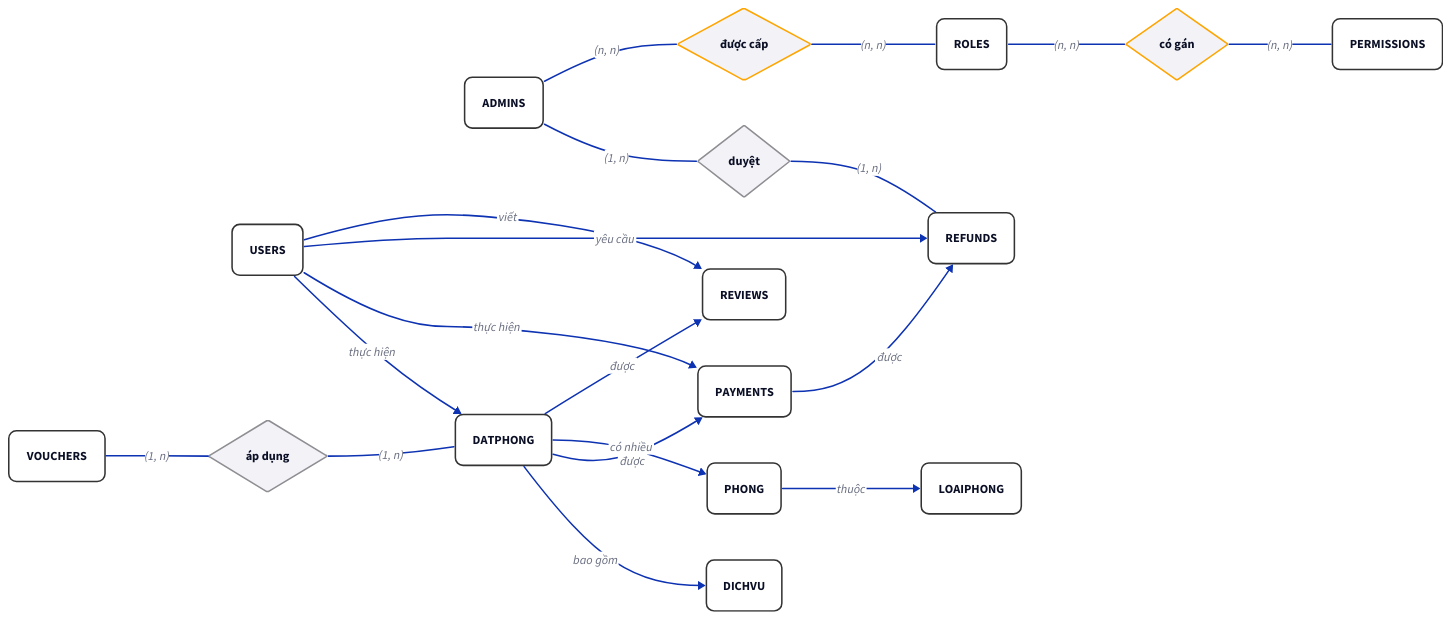
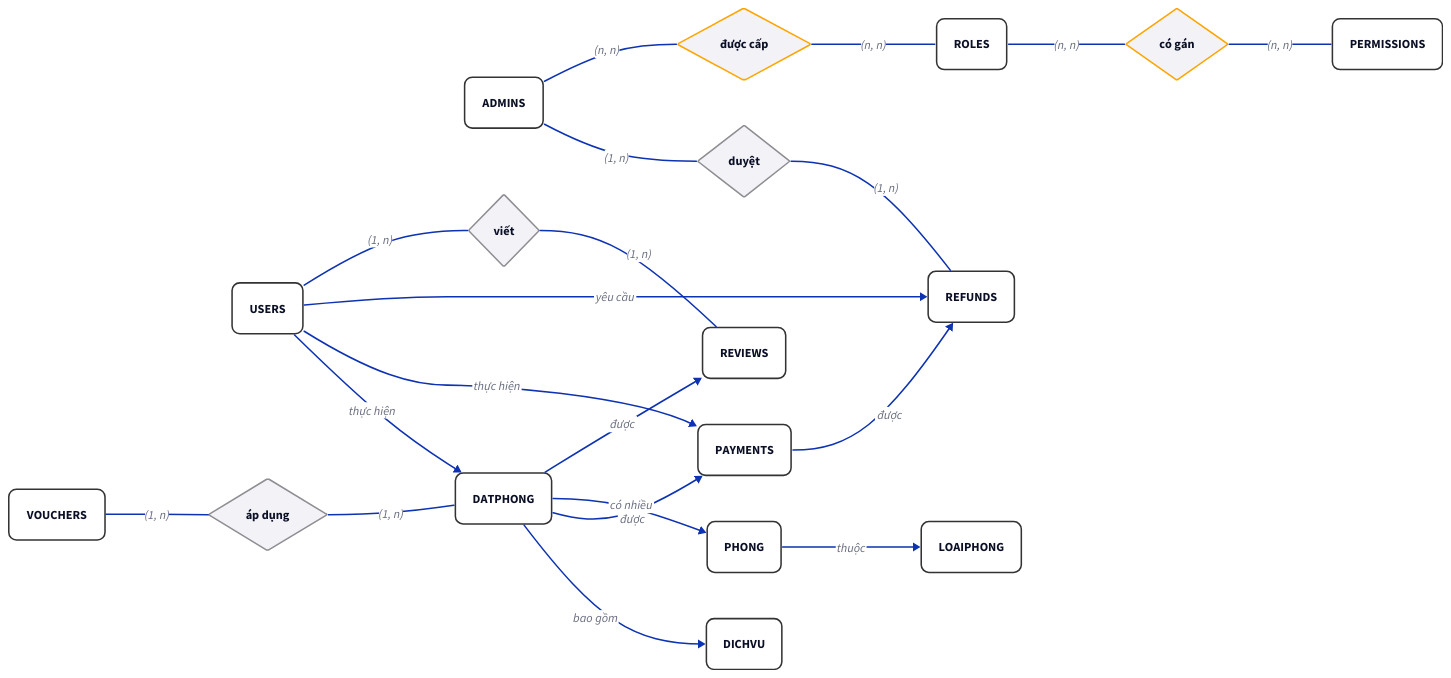
Before and after one commit to sam-uit/ie103-project-report: the diagram in baocao/content/diagrams/ch02-concept-erd.d2, drawn with D2.

```diff
--- a/baocao/content/diagrams/ch02-concept-erd.d2
+++ b/baocao/content/diagrams/ch02-concept-erd.d2
@@ -1,74 +1,78 @@
 direction: right
 
 # --- 0. STYLES ---
 style: {
   opacity: 0.0
   fill: transparent
 }
 
 # --- 1. SETTINGS ---
 classes: {
   entity: {
     shape: rectangle
     style: {border-radius: 10; fill: "#FFFFFF"; stroke: "#333333"}
   }
   rel: {
     shape: diamond
     style: {fill: "#F2F2F7"; stroke: "#8E8E93"}
   }
   attr: {
     shape: oval
     # width: 100; height: 50
     style: {fill: "#F0F8FF"; stroke: "#4682B4"; stroke-dash: 3}
   }
 }
 
 # --- 2. ENTITIES ---
 ADMINS: {class: entity; label: "ADMINS"}
 DATPHONG: {class: entity; label: "DATPHONG"}
 DICHVU: {class: entity; label: "DICHVU"}
 LOAIPHONG: {class: entity; label: "LOAIPHONG"}
 PAYMENTS: {class: entity; label: "PAYMENTS"}
 PERMISSIONS: {class: entity; label: "PERMISSIONS"}
 PHONG: {class: entity; label: "PHONG"}
 REFUNDS: {class: entity; label: "REFUNDS"}
 REVIEWS: {class: entity; label: "REVIEWS"}
 ROLES: {class: entity; label: "ROLES"}
 USERS: {class: entity; label: "USERS"}
 VOUCHERS: {class: entity; label: "VOUCHERS"}
 
 # --- 3. RELATIONSHIPS ---
 # ngôn ngữ "tự nhiên"
 
 # ADMINS -> REFUNDS: duyệt
 admin_approve_refund: {class: rel; label: "duyệt"}
 ADMINS -- admin_approve_refund: (1, n)
 admin_approve_refund -- REFUNDS: (1, n)
 
 # ADMINS -> ROLES: được cấp
 # n - n: viền cam
 admin_role: {class: rel; label: "được cấp"; style: {stroke: orange}}
 ADMINS -- admin_role: (n, n)
 admin_role -- ROLES: (n, n)
 
 DATPHONG -> DICHVU: bao gồm
 DATPHONG -> PAYMENTS: được
 DATPHONG -> PHONG: có nhiều
 DATPHONG -> REVIEWS: được
 LOAIPHONG <- PHONG: thuộc
 PAYMENTS -> REFUNDS: được
 
 # ROLES -> PERMISSIONS: có các
 role_permission: {class: rel; label: "có gán"; style: {stroke: orange}}
 ROLES -- role_permission: (n, n)
 role_permission -- PERMISSIONS: (n, n)
 
 USERS -> DATPHONG: thực hiện
 USERS -> PAYMENTS: thực hiện
 USERS -> REFUNDS: yêu cầu
-USERS -> REVIEWS: viết
+
+# USERS -> REVIEWS: viết
+user_reviews: {class: rel; label: "viết"}
+USERS -- user_reviews: (1, n)
+user_reviews -- REVIEWS: (1, n)
 
 # VOUCHERS -> DATPHONG: áp dụng cho
 voucher_datphong: {class: rel; label: "áp dụng"}
 VOUCHERS -- voucher_datphong: (1, n)
 voucher_datphong -- DATPHONG: (1, n)
```
